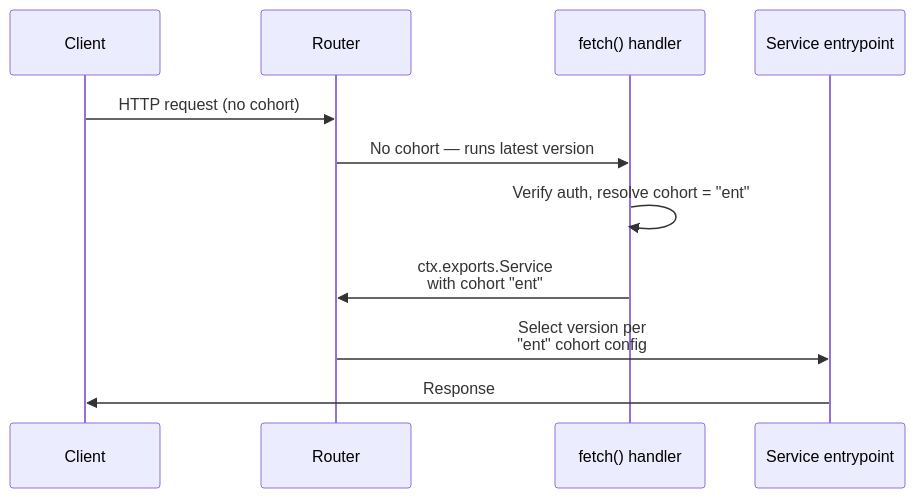
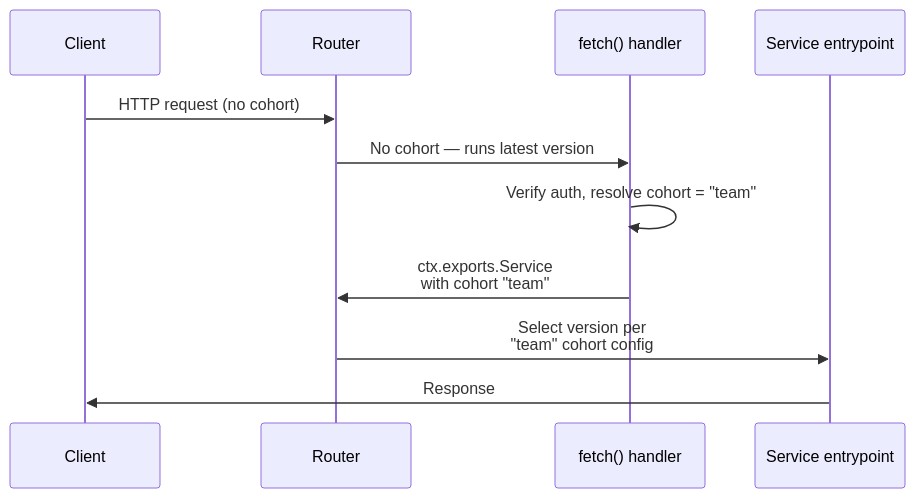
Before and after one commit to cloudflare/cloudflare-docs: the diagram in src/content/docs/workers/configuration/versions-and-deployments/cohort-based-deployments.mdx, drawn with Mermaid. The commit also changed other lines of this file and 10 other files, not shown here.

Commit message:
[Workers] Rewrite cohort-based deployments docs: restructure around 'test in production' framing, add SVG diagrams, new tutorials, version overrides comparison guide, clarify default/gradual deployment split, DO cohort use cases

````diff
--- a/src/content/docs/workers/configuration/versions-and-deployments/cohort-based-deployments.mdx
+++ b/src/content/docs/workers/configuration/versions-and-deployments/cohort-based-deployments.mdx
@@ -239,14 +483,14 @@
 ```mermaid
 sequenceDiagram
     participant Client
     participant Router
     participant fetch as fetch() handler
     participant Service as Service entrypoint
 
     Client->>Router: HTTP request (no cohort)
     Router->>fetch: No cohort — runs latest version
-    fetch->>fetch: Verify auth, resolve cohort = "ent"
-    fetch->>Router: ctx.exports.Service<br/>with cohort "ent"
-    Router->>Service: Select version per<br/>"ent" cohort config
+    fetch->>fetch: Verify auth, resolve cohort = "team"
+    fetch->>Router: ctx.exports.Service<br/>with cohort "team"
+    Router->>Service: Select version per<br/>"team" cohort config
     Service->>Client: Response
 ```
````
